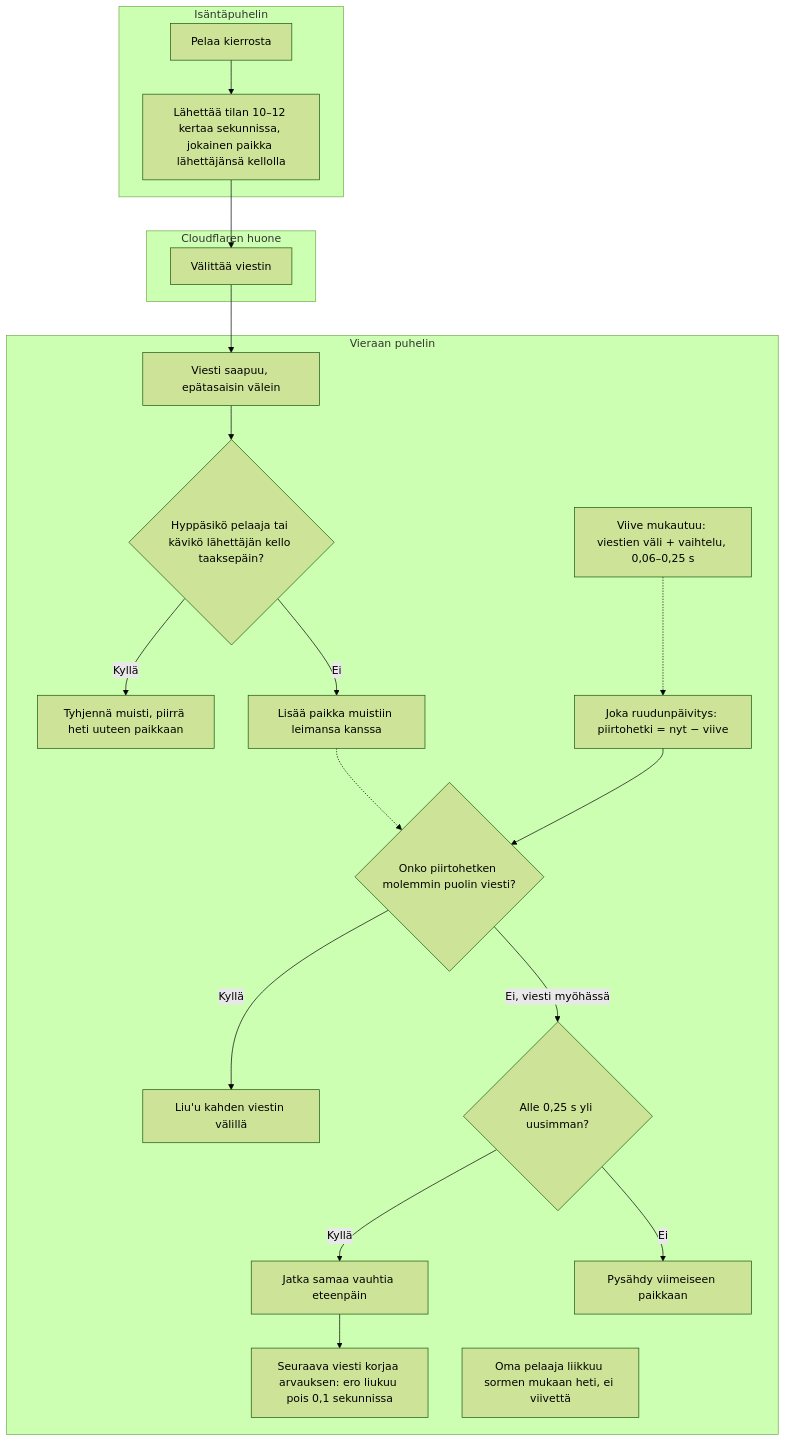
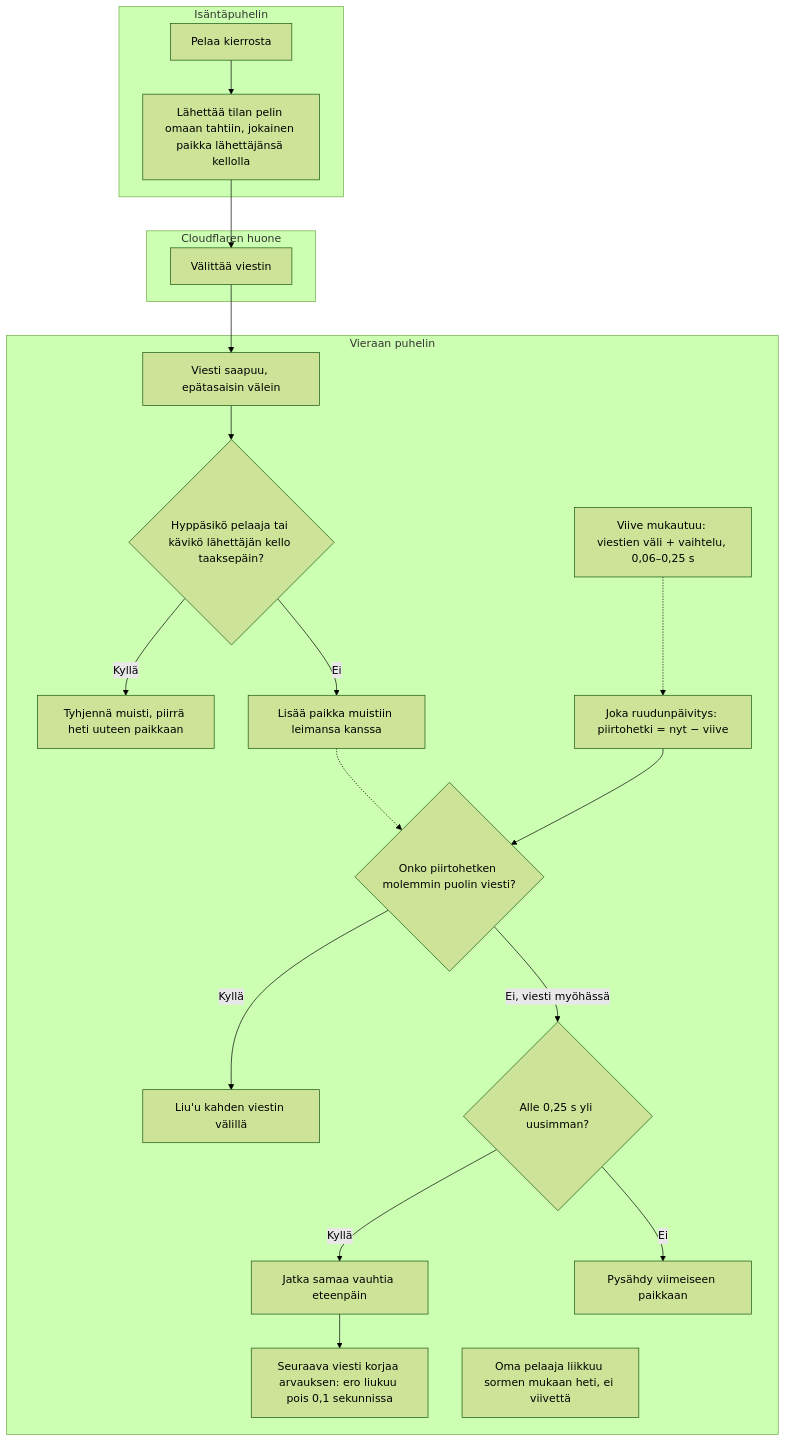
One commit to eerovil/ai-pelit changed the diagram in docs/diagrams/sulava-liike.md. Above: the diagram before and after it, drawn with Mermaid (forest theme). The commit also changed other lines of this file and 2 other files, not shown here.

Commit message:
Lentopallo v8: a guest marks its first spot of the match, so the host takes it at once (#480)
The guest's setup put it in 'serve' without net.fresh, so its first snapshot (also 'serve') set nothing,
it sent no j, and the host dropped its spots for the match's first half second. The same path covers a
guest that rejoins mid-match (the host sends it the setup again). Also: the diagram names each game's
own send rate (Lentopallo v8 sends 20 a second).

````diff
--- a/docs/diagrams/sulava-liike.md
+++ b/docs/diagrams/sulava-liike.md
@@ -10,30 +10,30 @@
 ```mermaid
 flowchart TD
   subgraph Host[Isäntäpuhelin]
-    H1[Pelaa kierrosta] --> H2[Lähettää tilan 10–12 kertaa sekunnissa, jokainen paikka lähettäjänsä kellolla]
+    H1[Pelaa kierrosta] --> H2[Lähettää tilan pelin omaan tahtiin, jokainen paikka lähettäjänsä kellolla]
   end
   subgraph Relay[Cloudflaren huone]
     R1[Välittää viestin]
   end
   subgraph Guest[Vieraan puhelin]
     G1[Viesti saapuu, epätasaisin välein] --> G2{Hyppäsikö pelaaja tai kävikö lähettäjän kello taaksepäin?}
     G2 -- Kyllä --> G3[Tyhjennä muisti, piirrä heti uuteen paikkaan]
     G2 -- Ei --> G4[Lisää paikka muistiin leimansa kanssa]
     G5[Joka ruudunpäivitys: piirtohetki = nyt − viive] --> G6{Onko piirtohetken molemmin puolin viesti?}
     G6 -- Kyllä --> G7[Liu'u kahden viestin välillä]
     G6 -- Ei, viesti myöhässä --> G8{Alle 0,25 s yli uusimman?}
     G8 -- Kyllä --> G9[Jatka samaa vauhtia eteenpäin]
     G8 -- Ei --> G10[Pysähdy viimeiseen paikkaan]
     G9 --> G13[Seuraava viesti korjaa arvauksen: ero liukuu pois 0,1 sekunnissa]
     G11[Viive mukautuu: viestien väli + vaihtelu, 0,06–0,25 s]
     G12[Oma pelaaja liikkuu sormen mukaan heti, ei viivettä]
   end
   H2 --> R1 --> G1
   G4 -.-> G6
   G11 -.-> G5
   class H1,H2 blue
   class R1 violet
   class G1,G2,G3,G4 teal
   class G5,G6,G7,G8,G9,G10,G11,G13 amber
   class G12 green
 ```
````
